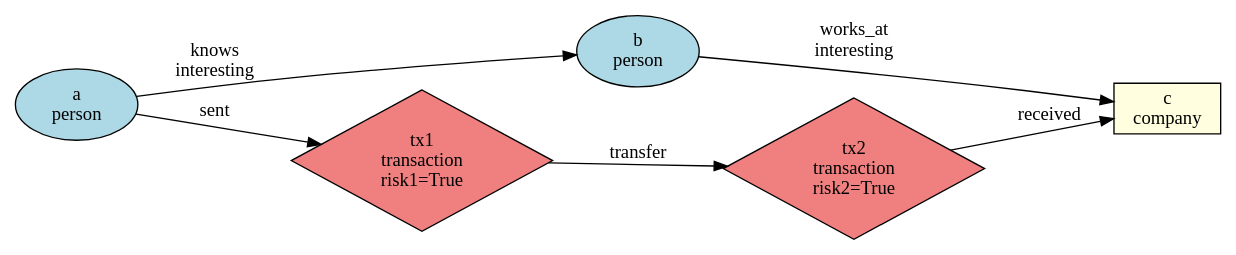
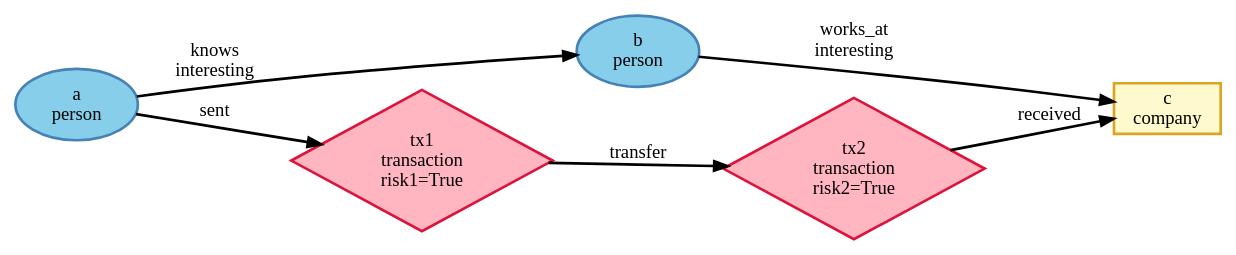
The first of 7 diagrams in docs/source/gfql/about.rst (graphistry/pygraphistry), drawn with Graphviz before and after one commit. The commit also changed other lines of this file, not shown here.

First line of the commit message:
docs(gfql): improve diagram styling with bold fills and hex colors

```diff
--- a/docs/source/gfql/about.rst
+++ b/docs/source/gfql/about.rst
@@ -35,18 +35,18 @@
 .. graphviz::
 
    digraph sample_graph {
        rankdir=LR;
        node [shape=ellipse];
 
-       a [label="a\nperson", style=filled, fillcolor=lightblue];
-       b [label="b\nperson", style=filled, fillcolor=lightblue];
-       c [label="c\ncompany", shape=box, style=filled, fillcolor=lightyellow];
-       tx1 [label="tx1\ntransaction\nrisk1=True", shape=diamond, style=filled, fillcolor=lightcoral];
-       tx2 [label="tx2\ntransaction\nrisk2=True", shape=diamond, style=filled, fillcolor=lightcoral];
+       a [label="a\nperson", style="filled,bold", fillcolor="#87CEEB", penwidth=2, color="#4682B4"];
+       b [label="b\nperson", style="filled,bold", fillcolor="#87CEEB", penwidth=2, color="#4682B4"];
+       c [label="c\ncompany", shape=box, style="filled,bold", fillcolor="#FFFACD", penwidth=2, color="#DAA520"];
+       tx1 [label="tx1\ntransaction\nrisk1=True", shape=diamond, style="filled,bold", fillcolor="#FFB6C1", penwidth=2, color="#DC143C"];
+       tx2 [label="tx2\ntransaction\nrisk2=True", shape=diamond, style="filled,bold", fillcolor="#FFB6C1", penwidth=2, color="#DC143C"];
 
-       a -> b [label="knows\ninteresting"];
-       b -> c [label="works_at\ninteresting"];
-       a -> tx1 [label="sent"];
-       tx1 -> tx2 [label="transfer"];
-       tx2 -> c [label="received"];
+       a -> b [label="knows\ninteresting", penwidth=2];
+       b -> c [label="works_at\ninteresting", penwidth=2];
+       a -> tx1 [label="sent", penwidth=2];
+       tx1 -> tx2 [label="transfer", penwidth=2];
+       tx2 -> c [label="received", penwidth=2];
    }
```
